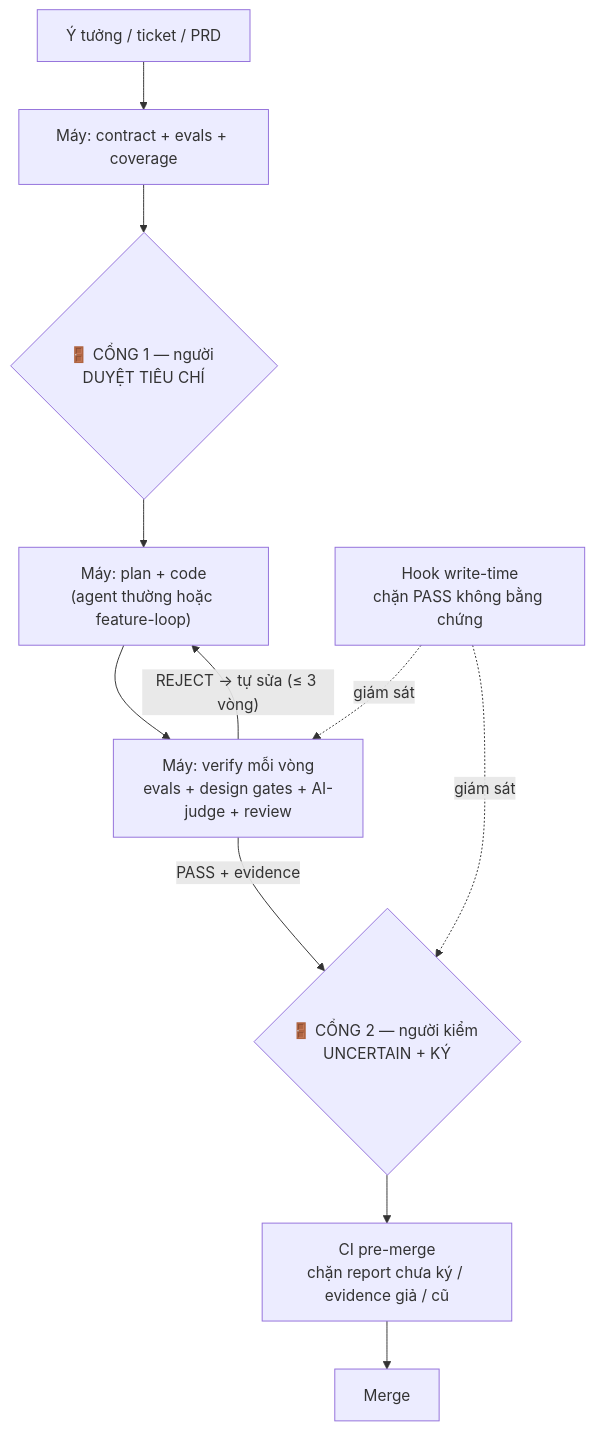
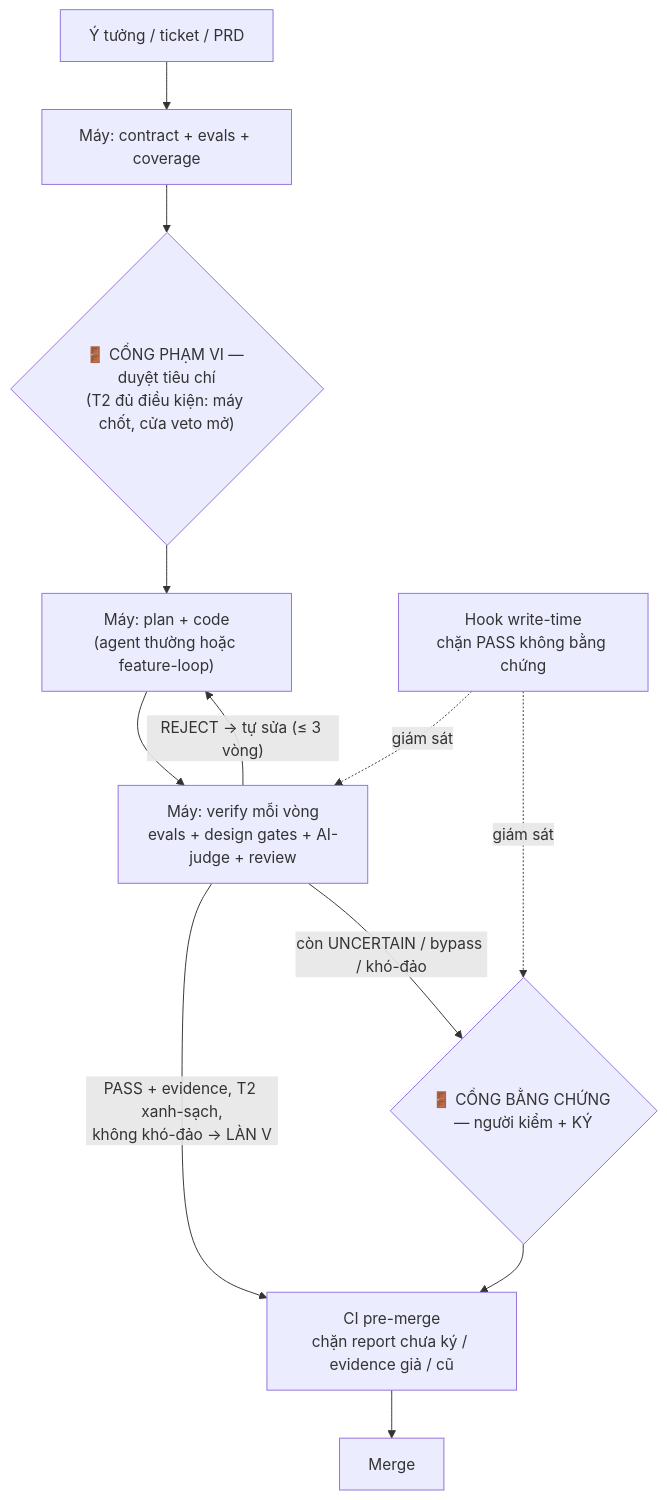
One commit to phanlemanh/acceptance-gate-kit changed the first of 5 diagrams in GUIDE.md. Above: the diagram before and after it, drawn with Mermaid. The commit also changed other lines of this file and 12 other files, not shown here.

````diff
--- a/GUIDE.md
+++ b/GUIDE.md
@@ -77,13 +112,14 @@
 ```mermaid
 flowchart TB
   IN["Ý tưởng / ticket / PRD"] --> S1["Máy: contract + evals + coverage"]
-  S1 --> G1{"🚪 CỔNG 1 — người DUYỆT TIÊU CHÍ"}
+  S1 --> G1{"🚪 CỔNG PHẠM VI — duyệt tiêu chí<br/>(T2 đủ điều kiện: máy chốt, cửa veto mở)"}
   G1 --> CODE["Máy: plan + code<br/>(agent thường hoặc feature-loop)"]
   CODE --> V["Máy: verify mỗi vòng<br/>evals + design gates + AI-judge + review"]
   V -- "REJECT → tự sửa (≤ 3 vòng)" --> CODE
-  V -- "PASS + evidence" --> G2{"🚪 CỔNG 2 — người kiểm UNCERTAIN + KÝ"}
-  G2 --> CI2["CI pre-merge<br/>chặn report chưa ký / evidence giả / cũ"]
+  V -- "PASS + evidence, T2 xanh-sạch,<br/>không khó-đảo → LÀN V" --> CI2["CI pre-merge<br/>chặn report chưa ký / evidence giả / cũ"]
+  V -- "còn UNCERTAIN / bypass / khó-đảo" --> G2{"🚪 CỔNG BẰNG CHỨNG — người kiểm + KÝ"}
+  G2 --> CI2
   CI2 --> MERGE["Merge"]
   HK["Hook write-time<br/>chặn PASS không bằng chứng"] -. giám sát .-> V
   HK -. giám sát .-> G2
 ```
````
